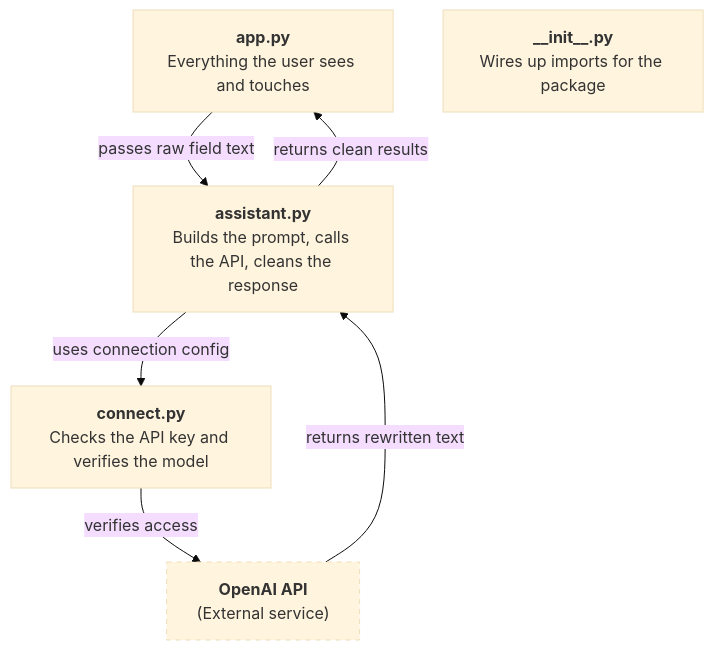
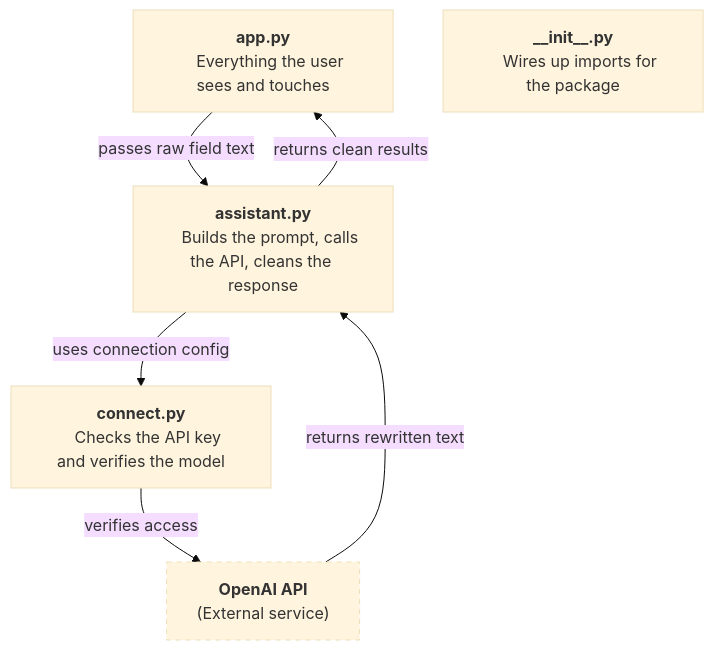
Before and after one commit to aliusora/rfm-optimization-assistant: the second of 2 diagrams in README.md, drawn with Mermaid (base theme). The commit also changed other lines of this file, not shown here.

Commit message:
Improve README formatting for better readability in flowcharts

````diff
--- a/README.md
+++ b/README.md
@@ -45,16 +51,21 @@
 ```mermaid
 flowchart TD
-    APP["<b>app.py</b>\nEverything the user sees and touches"]
-    AST["<b>assistant.py</b>\nBuilds the prompt, calls the API, cleans the response"]
-    CON["<b>connect.py</b>\nChecks the API key and verifies the model"]
-    INI["<b>__init__.py</b>\nWires up imports for the package"]
-    API["<b>OpenAI API</b>\n(External service)"]
+    APP["<b>app.py</b>
+    Everything the user sees and touches"]
+    AST["<b>assistant.py</b>
+    Builds the prompt, calls the API, cleans the response"]
+    CON["<b>connect.py</b>
+    Checks the API key and verifies the model"]
+    INI["<b>__init__.py</b>
+    Wires up imports for the package"]
+    API["<b>OpenAI API</b>
+    (External service)"]
 
     APP -- "passes raw field text" --> AST
     AST -- "uses connection config" --> CON
     CON -- "verifies access" --> API
     API -- "returns rewritten text" --> AST
     AST -- "returns clean results" --> APP
 
     style API stroke-dasharray: 5 5
 ```
````
